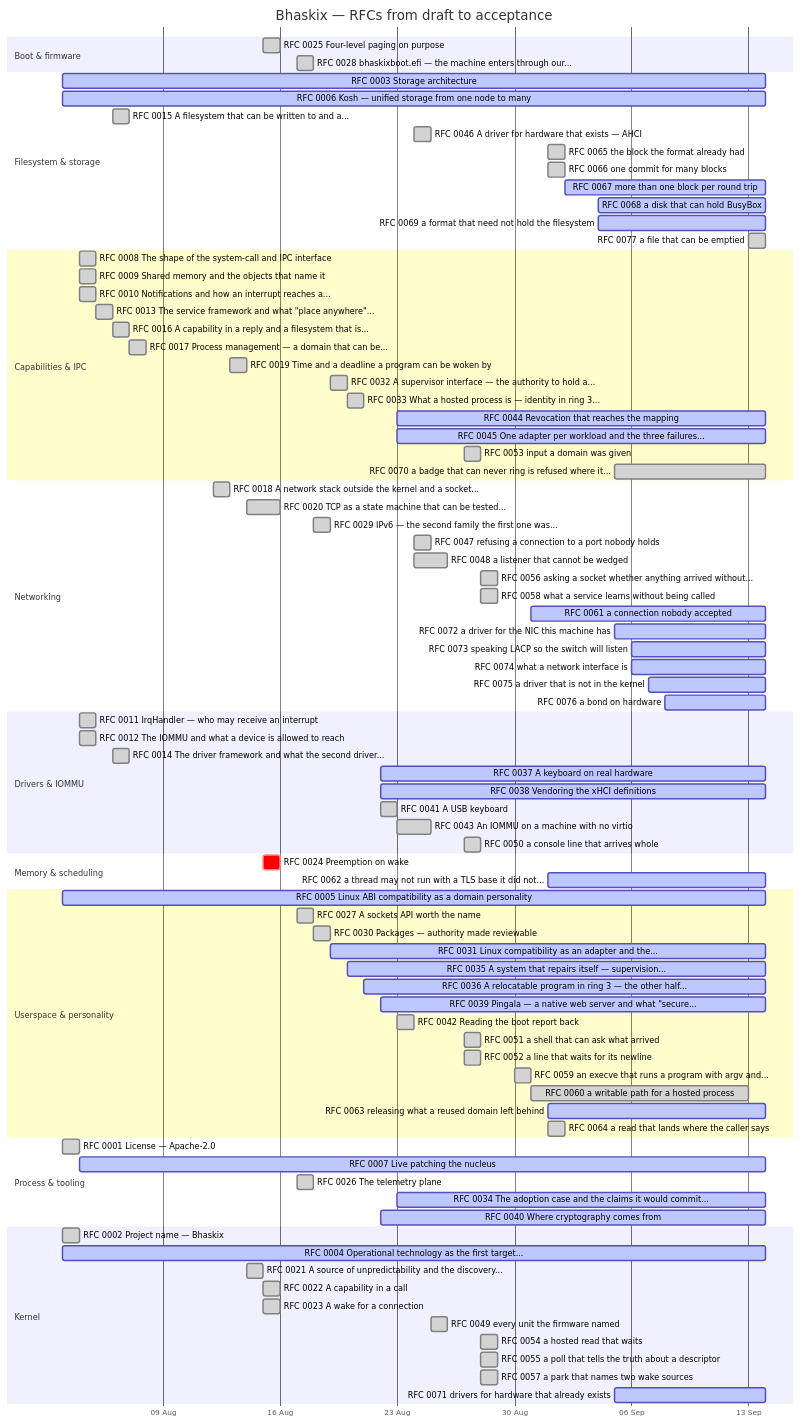
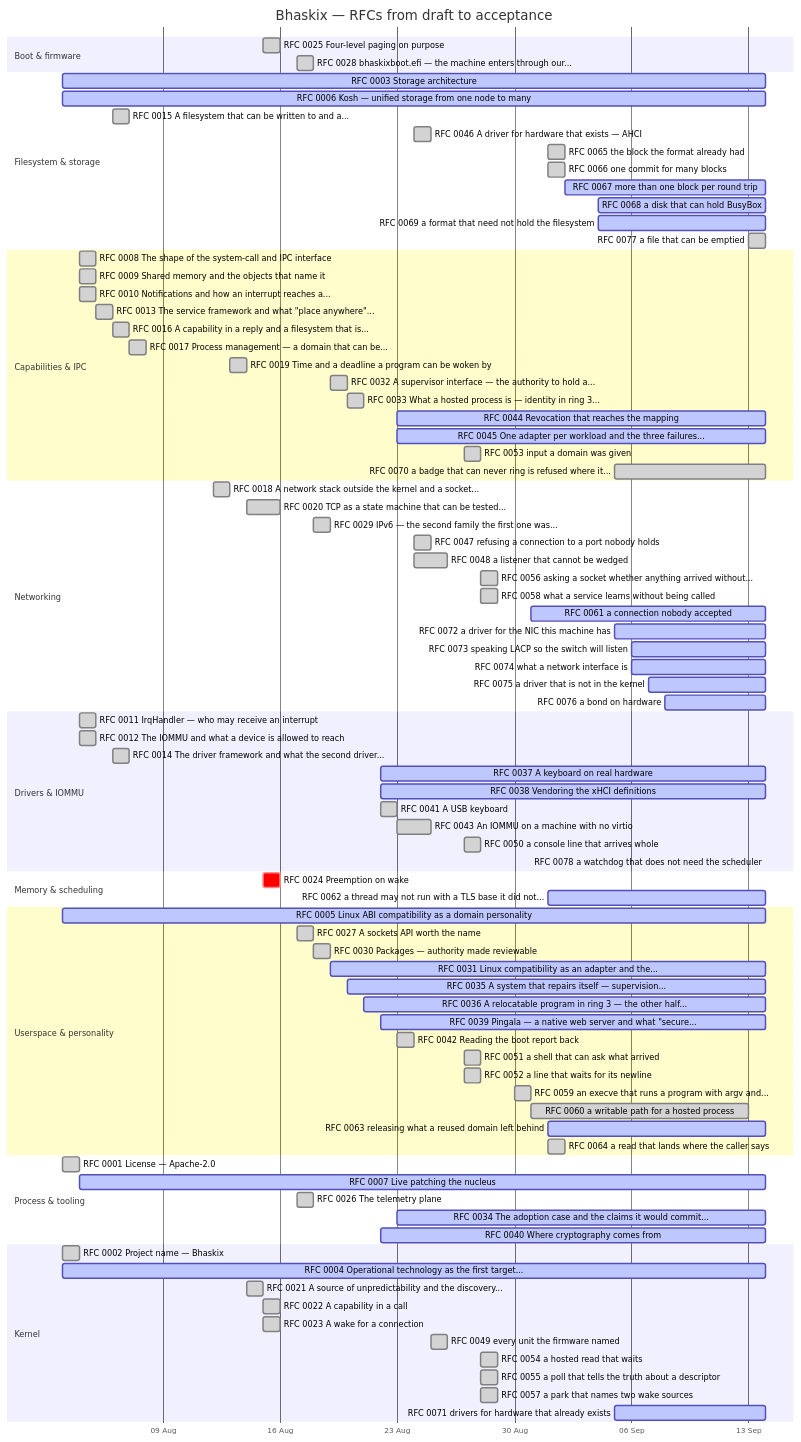
One commit to bhaskix/bhaskix changed the diagram in docs/progress.md. Above: the diagram before and after it, drawn with Mermaid. The commit also changed other lines of this file and 2 other files, not shown here.

```diff
--- a/docs/progress.md
+++ b/docs/progress.md
@@ -78,6 +78,7 @@
     RFC 0041 A USB keyboard :done, r0041, 2026-08-22, 2026-08-23
     RFC 0043 An IOMMU on a machine with no virtio :done, r0043, 2026-08-23, 2026-08-25
     RFC 0050 a console line that arrives whole :done, r0050, 2026-08-27, 1d
+    RFC 0078 a watchdog that does not need the scheduler :active, r0078, 2026-09-14, 2026-09-14
     section Memory & scheduling
     RFC 0024 Preemption on wake :crit, r0024, 2026-08-15, 1d
     RFC 0062 a thread may not run with a TLS base it did not... :active, r0062, 2026-09-01, 2026-09-14
```
